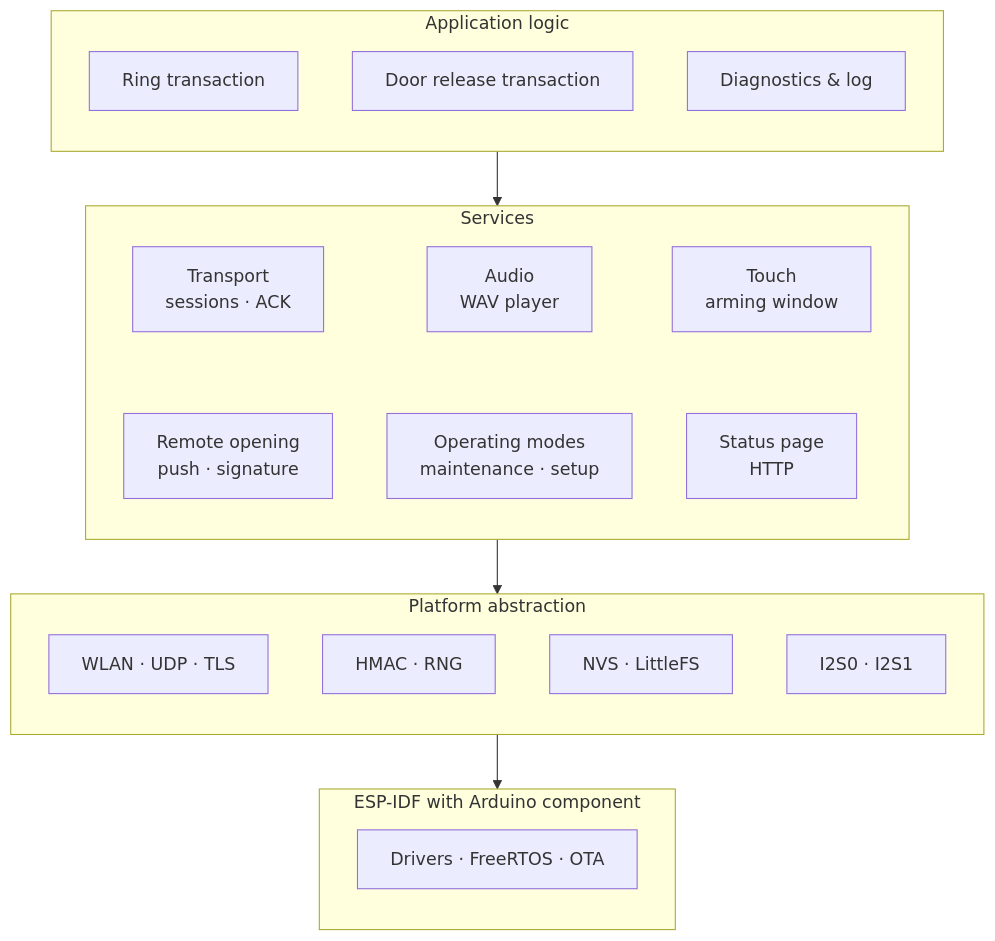
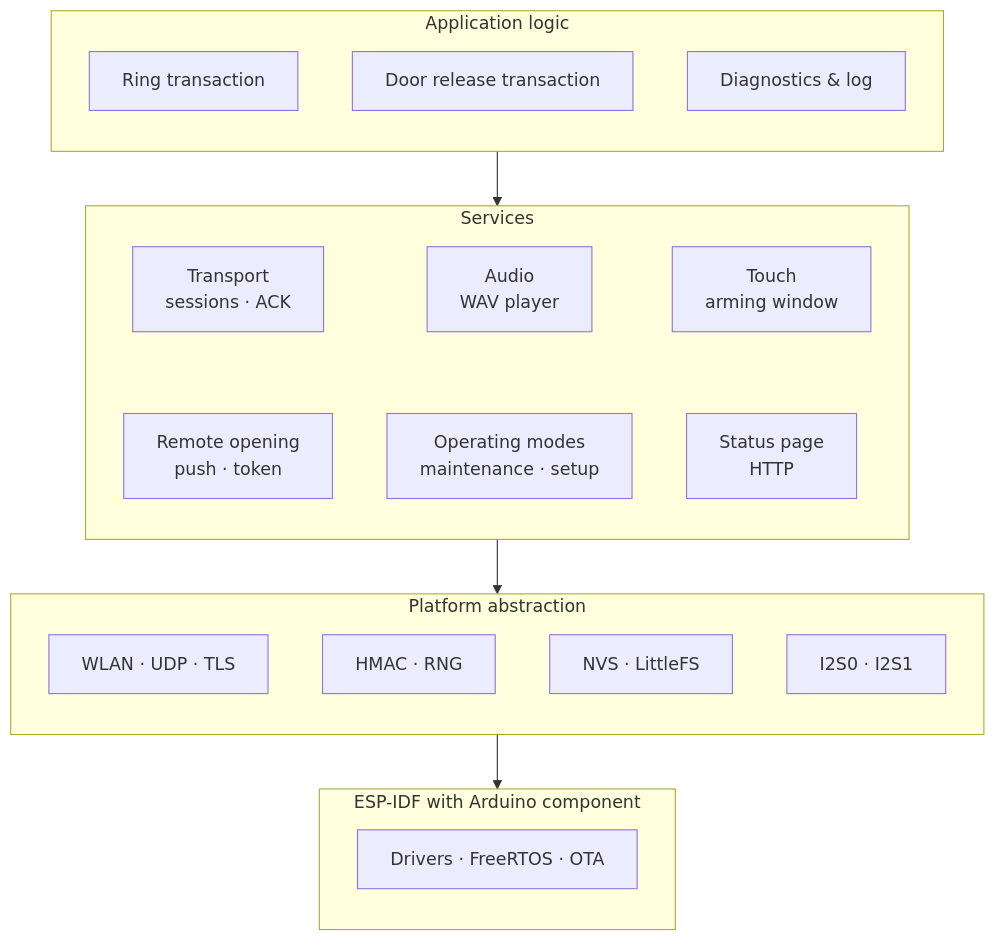
Before and after one commit to akoerner-dev/ClearBell: the second of 9 diagrams in docs/Softwarearchitektur_V0.2.en.md, drawn with Mermaid. The commit also changed other lines of this file and 19 other files, not shown here.

````diff
--- a/docs/Softwarearchitektur_V0.2.en.md
+++ b/docs/Softwarearchitektur_V0.2.en.md
@@ -201,33 +201,33 @@
 ```mermaid
 graph TD
     subgraph L4["Application logic"]
         direction TB
         KL["Ring transaction"]
         TU["Door release transaction"]
         ST["Diagnostics & log"]
     end
     subgraph L3["Services"]
         direction TB
         TX["Transport<br/>sessions · ACK"]
         AU["Audio<br/>WAV player"]
         TC["Touch<br/>arming window"]
-        PU["Remote opening<br/>push · signature"]
+        PU["Remote opening<br/>push · token"]
         MO["Operating modes<br/>maintenance · setup"]
         WB["Status page<br/>HTTP"]
         TX ~~~ PU
         AU ~~~ MO
         TC ~~~ WB
     end
     subgraph L2["Platform abstraction"]
         direction TB
         NET["WLAN · UDP · TLS"]
         CRY["HMAC · RNG"]
         FS["NVS · LittleFS"]
         I2S["I2S0 · I2S1"]
     end
     subgraph L1["ESP-IDF with Arduino component"]
         direction TB
         HW["Drivers · FreeRTOS · OTA"]
     end
     L4 --> L3 --> L2 --> L1
 ```
````
